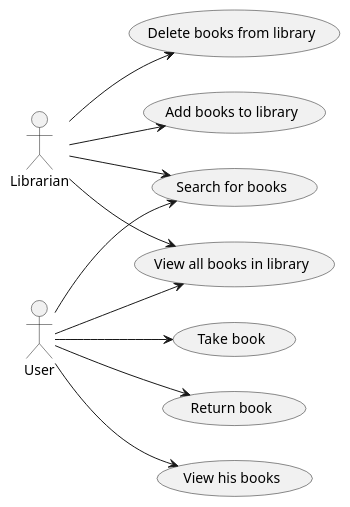
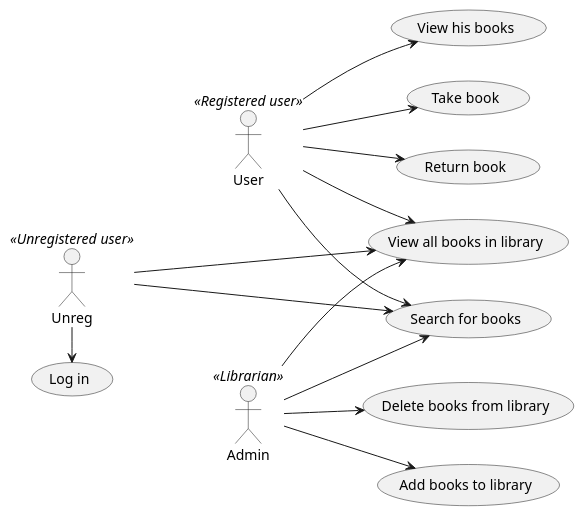
Before and after one commit to i-diordiev/Library: the diagram in LibraryBack/UseCaseDiagram.puml, drawn with PlantUML. The commit also changed 40 other files, not shown here.

```diff
--- a/LibraryBack/UseCaseDiagram.puml
+++ b/LibraryBack/UseCaseDiagram.puml
@@ -1,17 +1,22 @@
 @startuml
 'https://plantuml.com/use-case-diagram
 
 left to right direction
-
+User <<Registered user>>
 User --> (View all books in library)
 User --> (Search for books)
 User --> (Take book)
 User --> (Return book)
 User --> (View his books)
 
-Librarian --> (Add books to library)
-Librarian --> (Delete books from library)
-Librarian --> (View all books in library)
-Librarian --> (Search for books)
+Admin <<Librarian>>
+Admin --> (Add books to library)
+Admin --> (Delete books from library)
+Admin --> (View all books in library)
+Admin --> (Search for books)
 
+Unreg << Unregistered user>>
+Unreg ---> (View all books in library)
+Unreg ---> (Search for books)
+Unreg -> (Log in)
 @enduml
```
